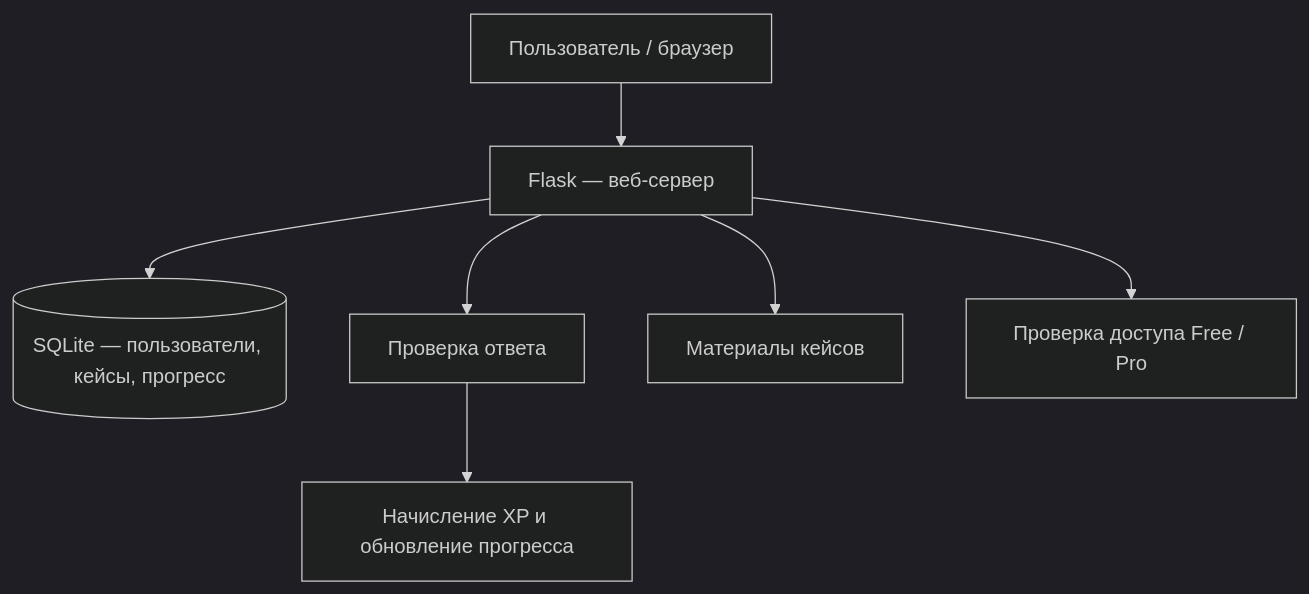
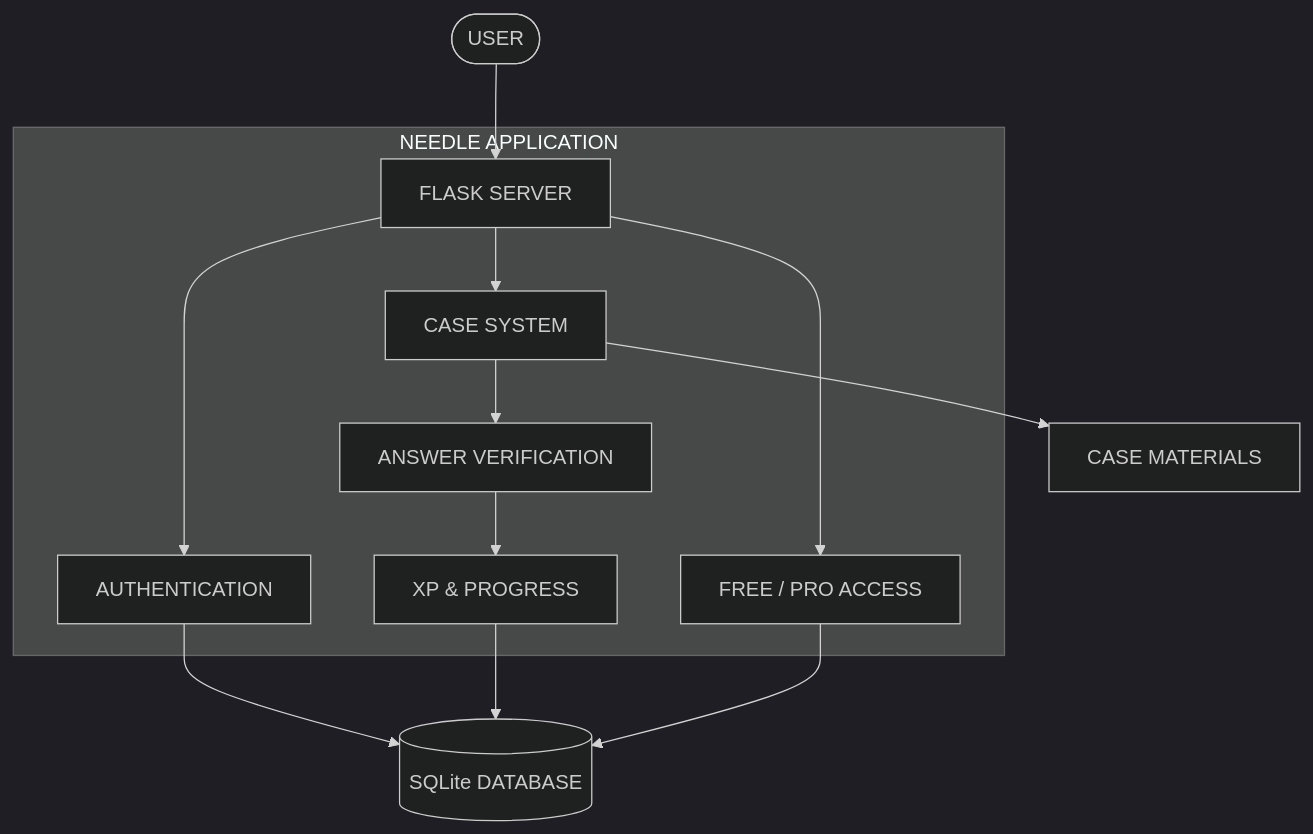
Before and after one commit to erozz77/Needle: the second of 2 diagrams in README.md, drawn with Mermaid (dark theme). The commit also changed other lines of this file, not shown here.

````diff
--- a/README.md
+++ b/README.md
@@ -93,9 +156,25 @@
 ```mermaid
-flowchart TD
-    U["Пользователь / браузер"] --> F["Flask — веб-сервер"]
-    F --> DB[("SQLite — пользователи, кейсы, прогресс")]
-    F --> C["Проверка ответа"]
-    C --> XP["Начисление XP и обновление прогресса"]
-    F --> M["Материалы кейсов"]
-    F --> A["Проверка доступа Free / Pro"]
+flowchart TB
+    U(["USER"])
+    subgraph APP["NEEDLE APPLICATION"]
+        F["FLASK SERVER"]
+        AUTH["AUTHENTICATION"]
+        CASE["CASE SYSTEM"]
+        CHECK["ANSWER VERIFICATION"]
+        ACCESS["FREE / PRO ACCESS"]
+        XP["XP & PROGRESS"]
+    end
+    DB[("SQLite DATABASE")]
+    MAT["CASE MATERIALS"]
+
+    U --> F
+    F --> AUTH
+    F --> CASE
+    F --> ACCESS
+    CASE --> CHECK
+    CHECK --> XP
+    AUTH --> DB
+    XP --> DB
+    ACCESS --> DB
+    CASE --> MAT
 ```
````
